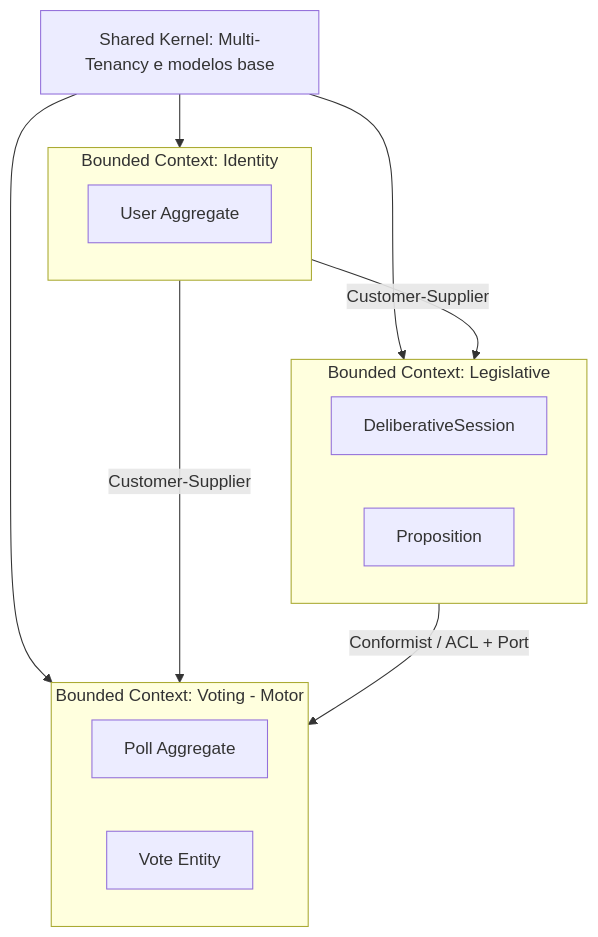
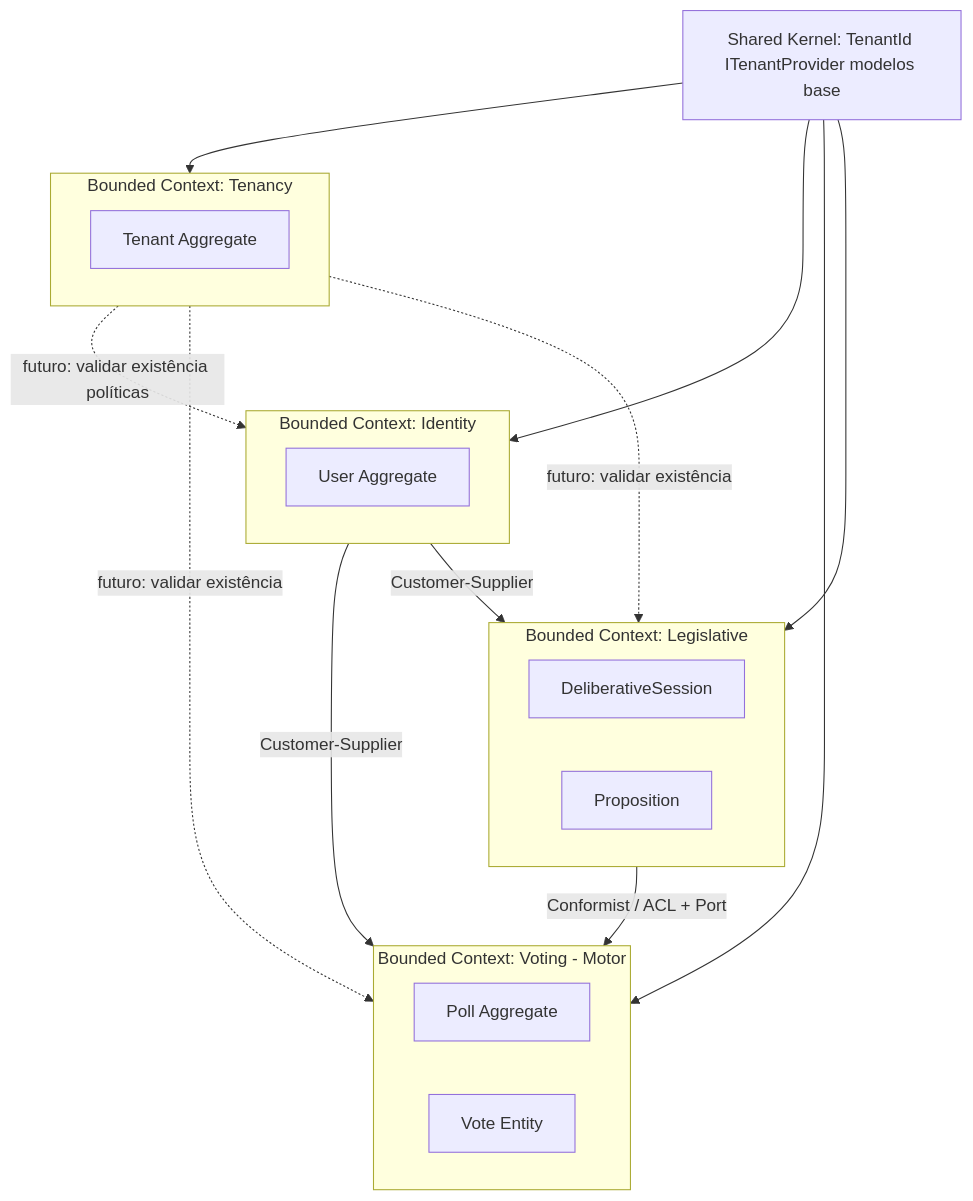
One commit to luanscar/ddd-clean-arch changed the first of 2 diagrams in DOMAIN.md. Above: the diagram before and after it, drawn with Mermaid. The commit also changed other lines of this file and 10 other files, not shown here.

First line of the commit message:
feat(tenancy): bounded context @repo/tenancy e mapa no DOMAIN

````diff
--- a/DOMAIN.md
+++ b/DOMAIN.md
@@ -20,26 +20,35 @@
 ```mermaid
 graph TD
-    SK[Shared Kernel: Multi-Tenancy e modelos base]
+    SK[Shared Kernel: TenantId ITenantProvider modelos base]
+
+    subgraph tenancyCtx [Bounded Context: Tenancy]
+        TenantAgg[Tenant Aggregate]
+    end
 
     subgraph identityCtx [Bounded Context: Identity]
         User[User Aggregate]
     end
 
     subgraph votingCtx [Bounded Context: Voting - Motor]
         Poll[Poll Aggregate]
         VoteEnt[Vote Entity]
     end
 
     subgraph legislativeCtx [Bounded Context: Legislative]
         DS[DeliberativeSession]
         Prop[Proposition]
     end
 
+    SK --> tenancyCtx
     SK --> identityCtx
     SK --> votingCtx
     SK --> legislativeCtx
+
+    tenancyCtx -.->|futuro: validar existência políticas| identityCtx
+    tenancyCtx -.->|futuro: validar existência| votingCtx
+    tenancyCtx -.->|futuro: validar existência| legislativeCtx
 
     identityCtx -->|Customer-Supplier| votingCtx
     identityCtx -->|Customer-Supplier| legislativeCtx
     legislativeCtx -->|Conformist / ACL + Port| votingCtx
 ```
````
